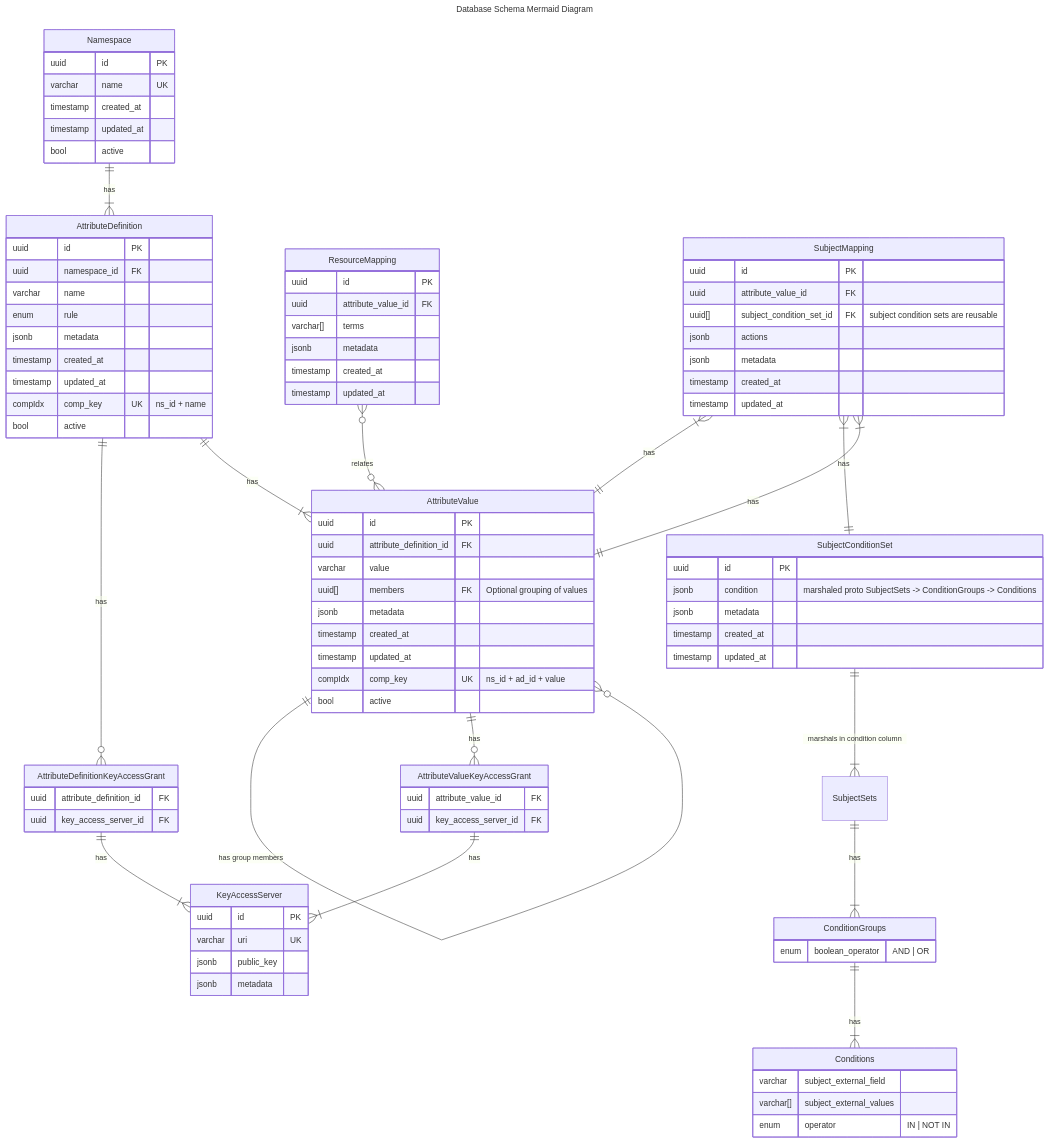
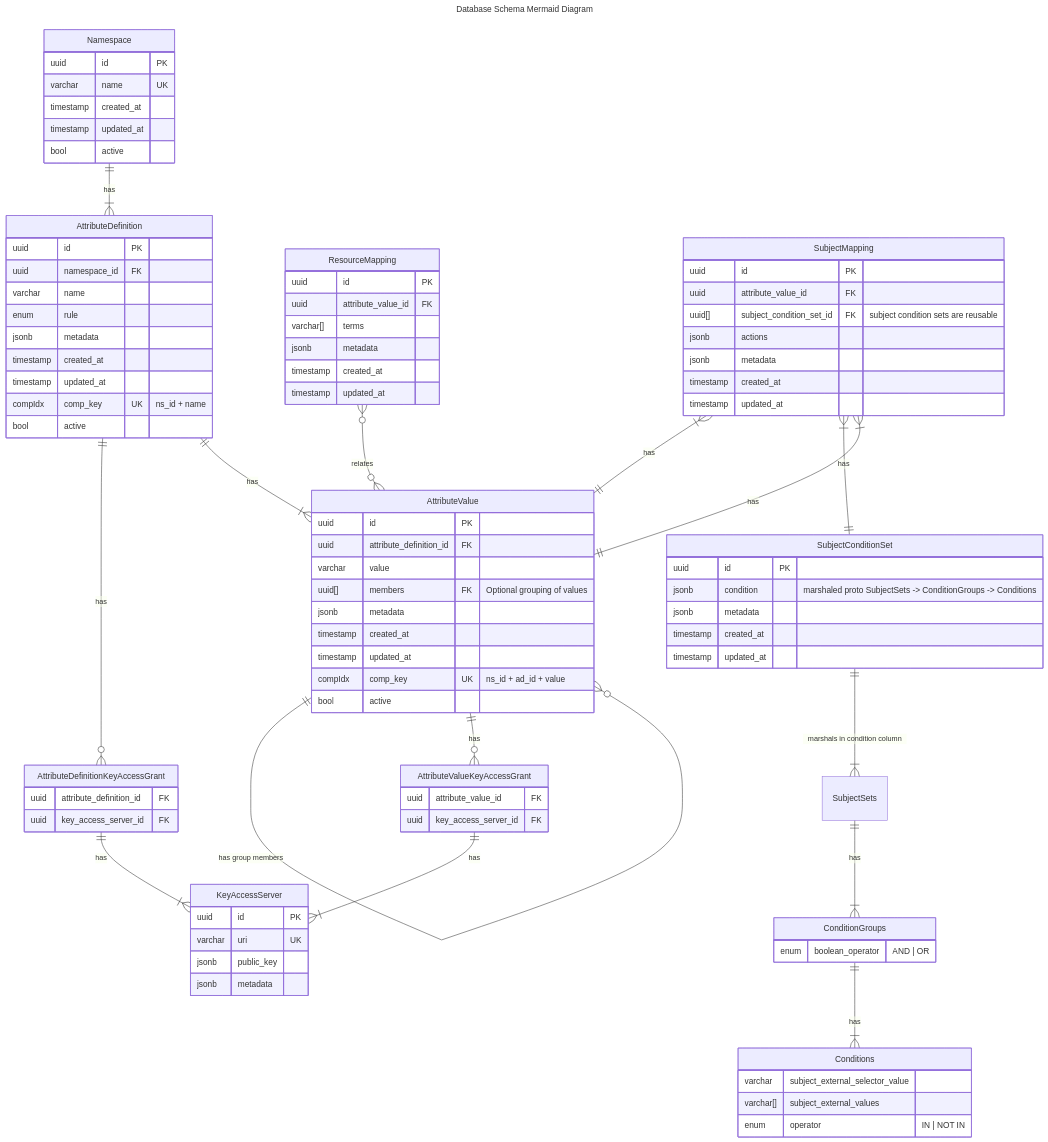
The diagram in service/migrations/20240305000000_add_subject_condition_sets.md (opentdf/platform), drawn with Mermaid before and after one commit. The commit also changed 16 other files, not shown here.

Commit message:
replace references to external_field and use selector syntax

```diff
--- a/service/migrations/20240305000000_add_subject_condition_sets.md
+++ b/service/migrations/20240305000000_add_subject_condition_sets.md
@@ -138,7 +138,7 @@
     ConditionGroups ||--|{ Conditions: has
 
     Conditions {
-        varchar         subject_external_field
+        varchar         subject_external_selector_value
         varchar[]       subject_external_values
         enum            operator "IN | NOT IN"
     }
```
